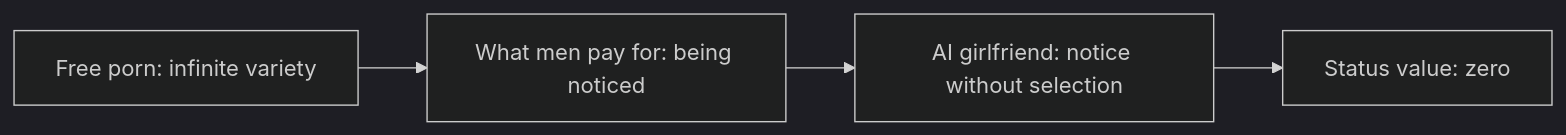
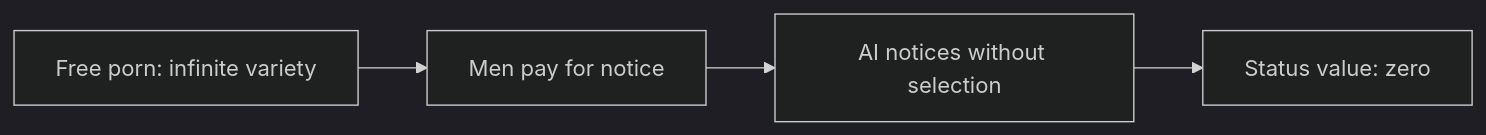
One commit to jrajath94/ai-podcast-curriculum changed the first of 2 diagrams in content/tracks/modern-wisdom/ep03.md. Above: the diagram before and after it, drawn with Mermaid (dark theme). The commit also changed other lines of this file, not shown here.

````diff
--- a/content/tracks/modern-wisdom/ep03.md
+++ b/content/tracks/modern-wisdom/ep03.md
@@ -45,6 +45,6 @@
 ```mermaid
 graph LR
-    A[Free porn: infinite variety] --> B[What men pay for: being noticed]
-    B --> C[AI girlfriend: notice without selection]
+    A[Free porn: infinite variety] --> B[Men pay for notice]
+    B --> C[AI notices without selection]
     C --> D[Status value: zero]
 ```
````
